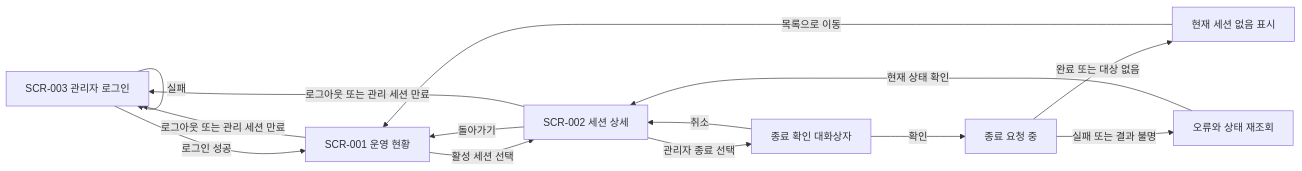
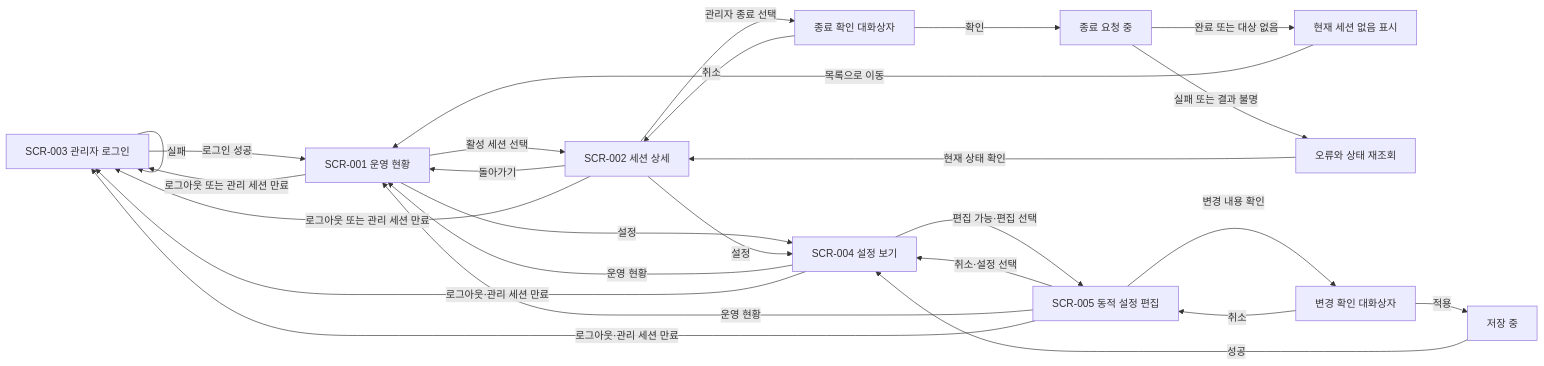
One commit to kayden-kim/vnc-relay changed the diagram in docs/specs/dashboard.md. Above: the diagram before and after it, drawn with Mermaid. The commit also changed other lines of this file and 82 other files, not shown here.

````diff
--- a/docs/specs/dashboard.md
+++ b/docs/specs/dashboard.md
@@ -32,16 +32,28 @@
 ```mermaid
 flowchart LR
     L[SCR-003 관리자 로그인] -->|로그인 성공| A[SCR-001 운영 현황]
     L -->|실패| L
     A -->|활성 세션 선택| B[SCR-002 세션 상세]
     B -->|돌아가기| A
     A -->|로그아웃 또는 관리 세션 만료| L
     B -->|로그아웃 또는 관리 세션 만료| L
     B -->|관리자 종료 선택| C[종료 확인 대화상자]
     C -->|취소| B
     C -->|확인| D[종료 요청 중]
     D -->|완료 또는 대상 없음| E[현재 세션 없음 표시]
     D -->|실패 또는 결과 불명| F[오류와 상태 재조회]
     E -->|목록으로 이동| A
     F -->|현재 상태 확인| B
+    A -->|설정| S[SCR-004 설정 보기]
+    B -->|설정| S
+    S -->|운영 현황| A
+    S -->|편집 가능·편집 선택| T[SCR-005 동적 설정 편집]
+    T -->|변경 내용 확인| V[변경 확인 대화상자]
+    V -->|취소| T
+    V -->|적용| P[저장 중]
+    P -->|성공| S
+    T -->|취소·설정 선택| S
+    T -->|운영 현황| A
+    S -->|로그아웃·관리 세션 만료| L
+    T -->|로그아웃·관리 세션 만료| L
 ```
````
